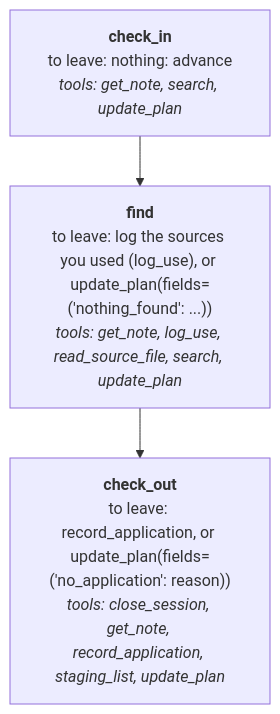
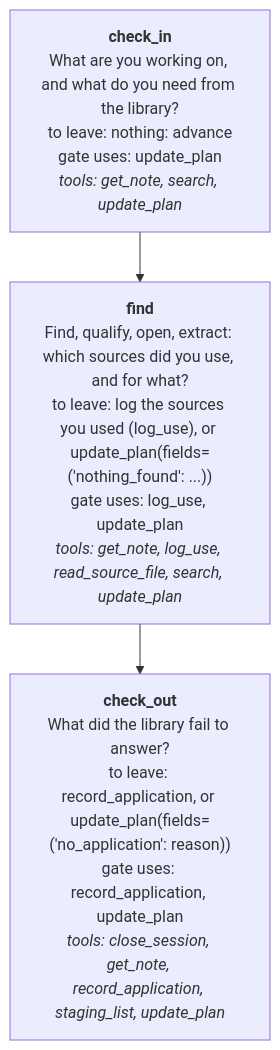
The fifth of 24 diagrams in reports/2026-11-20-workflow-map/WORKFLOW-MAP.md (Jake36999/Librarian_V2), drawn with Mermaid before and after one commit. The commit also changed other lines of this file and 11 other files, not shown here.

````diff
--- a/reports/2026-11-20-workflow-map/WORKFLOW-MAP.md
+++ b/reports/2026-11-20-workflow-map/WORKFLOW-MAP.md
@@ -83,8 +83,8 @@
 ```mermaid
 flowchart TD
-  p0["<b>check_in</b><br/>to leave: nothing: advance<br/><i>tools: get_note, search, update_plan</i>"]
-  p1["<b>find</b><br/>to leave: log the sources you used (log_use), or update_plan(fields=('nothing_found': ...))<br/><i>tools: get_note, log_use, read_source_file, search, update_plan</i>"]
+  p0["<b>check_in</b><br/>What are you working on, and what do you need from the library?<br/>to leave: nothing: advance<br/>gate uses: update_plan<br/><i>tools: get_note, search, update_plan</i>"]
+  p1["<b>find</b><br/>Find, qualify, open, extract: which sources did you use, and for what?<br/>to leave: log the sources you used (log_use), or update_plan(fields=('nothing_found': ...))<br/>gate uses: log_use, update_plan<br/><i>tools: get_note, log_use, read_source_file, search, update_plan</i>"]
   p0 --> p1
-  p2["<b>check_out</b><br/>to leave: record_application, or update_plan(fields=('no_application': reason))<br/><i>tools: close_session, get_note, record_application, staging_list, update_plan</i>"]
+  p2["<b>check_out</b><br/>What did the library fail to answer?<br/>to leave: record_application, or update_plan(fields=('no_application': reason))<br/>gate uses: record_application, update_plan<br/><i>tools: close_session, get_note, record_application, staging_list, update_plan</i>"]
   p1 --> p2
 ```
````
